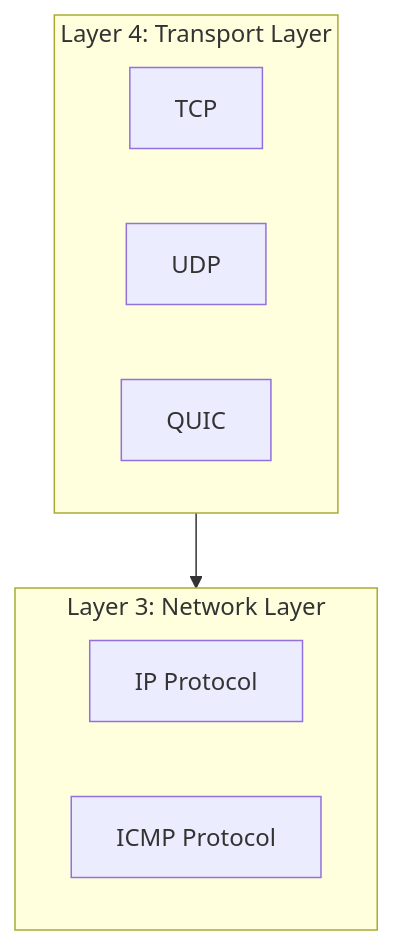
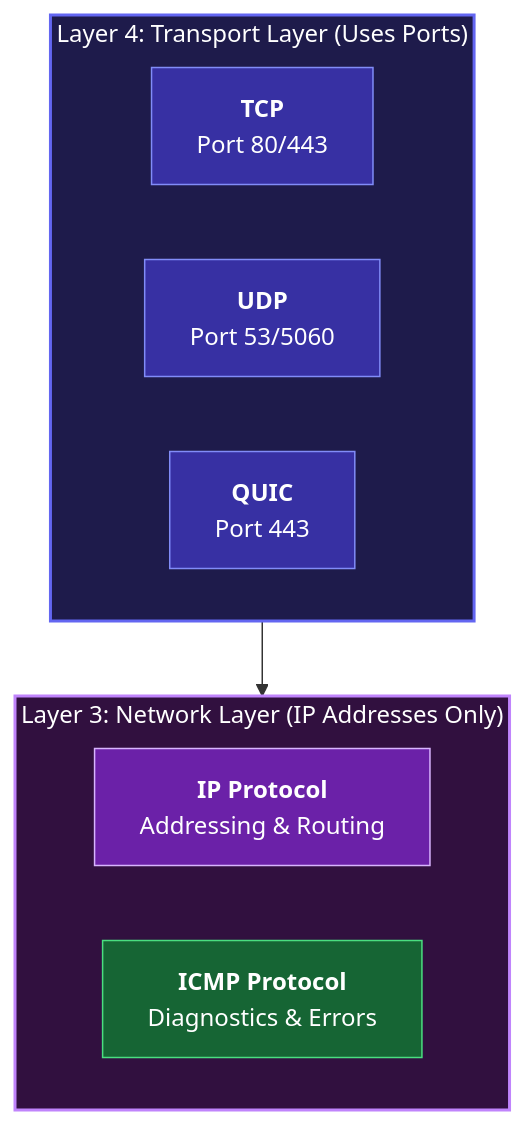
One commit to ayuslharora/blog-ayuslh changed the first of 8 diagrams in content/posts/networking/ch12-icmp-ping-and-traceroute.mdx. Above: the diagram before and after it, drawn with Mermaid. The commit also changed other lines of this file, not shown here.

Commit message:
Update diagram layouts and styling in Ch.12 post

````diff
--- a/content/posts/networking/ch12-icmp-ping-and-traceroute.mdx
+++ b/content/posts/networking/ch12-icmp-ping-and-traceroute.mdx
@@ -21,15 +21,23 @@
 ```mermaid
 flowchart TD
-    subgraph Layer4["Layer 4: Transport Layer"]
-        TCP["TCP"]
-        UDP["UDP"]
-        QUIC["QUIC"]
+    subgraph Layer4 ["Layer 4: Transport Layer (Uses Ports)"]
+        TCP["<b>TCP</b><br>Port 80/443"]
+        UDP["<b>UDP</b><br>Port 53/5060"]
+        QUIC["<b>QUIC</b><br>Port 443"]
     end
 
-    subgraph Layer3["Layer 3: Network Layer"]
-        IP["IP Protocol"]
-        ICMP["ICMP Protocol"]
+    subgraph Layer3 ["Layer 3: Network Layer (IP Addresses Only)"]
+        IP["<b>IP Protocol</b><br>Addressing & Routing"]
+        ICMP["<b>ICMP Protocol</b><br>Diagnostics & Errors"]
     end
 
     Layer4 --> Layer3
+
+    style Layer4 fill:#1e1b4b,stroke:#6366f1,stroke-width:2px,color:#fff
+    style Layer3 fill:#31103f,stroke:#c084fc,stroke-width:2px,color:#fff
+    style TCP fill:#3730a3,stroke:#818cf8,color:#fff
+    style UDP fill:#3730a3,stroke:#818cf8,color:#fff
+    style QUIC fill:#3730a3,stroke:#818cf8,color:#fff
+    style IP fill:#6b21a8,stroke:#d8b4fe,color:#fff
+    style ICMP fill:#166534,stroke:#4ade80,color:#fff
 ```
````
